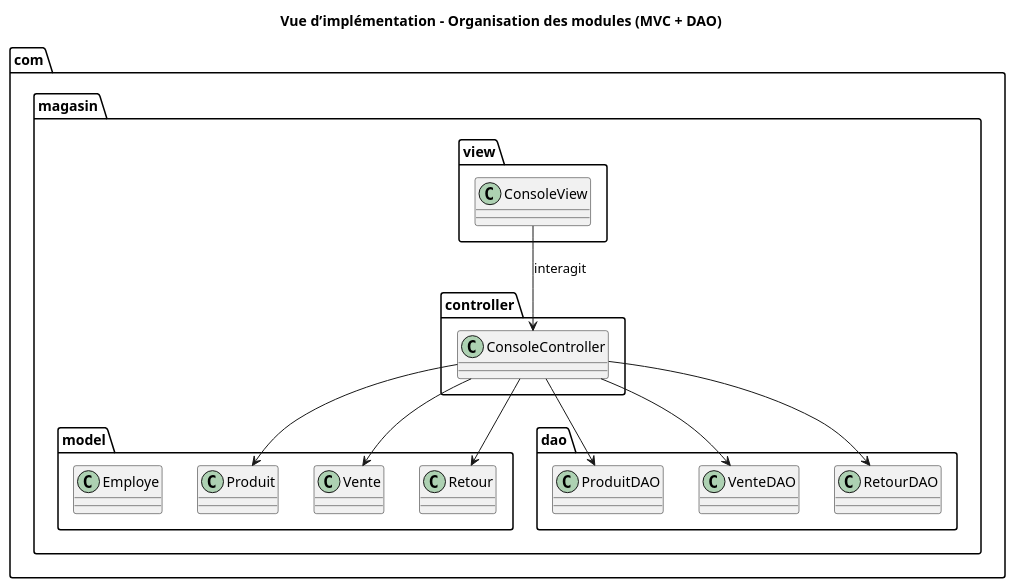
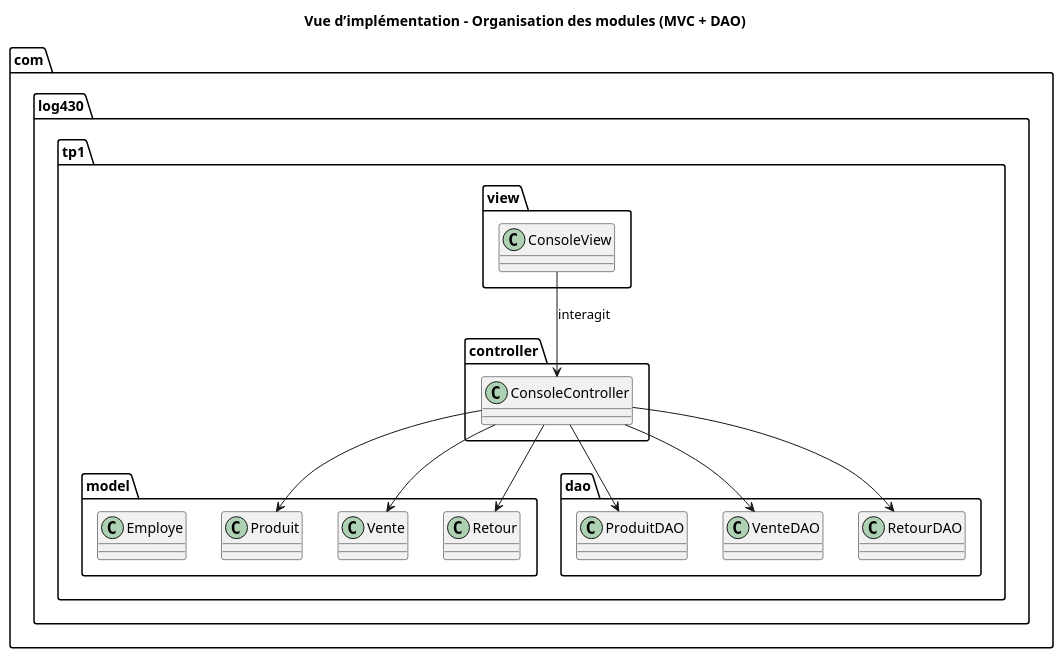
Before and after one commit to SlitherinSnake/tp0-1-2-log430: the diagram in docs/diagrams/di.puml, drawn with PlantUML. The commit also changed 1 other file, not shown here.

```diff
--- a/docs/diagrams/di.puml
+++ b/docs/diagrams/di.puml
@@ -1,33 +1,33 @@
 @startuml
 title Vue d’implémentation – Organisation des modules (MVC + DAO)
 
-package "com.magasin.view" {
+package "com.log430.tp1.view" {
   class ConsoleView
 }
 
-package "com.magasin.controller" {
+package "com.log430.tp1.controller" {
   class ConsoleController
 }
 
-package "com.magasin.model" {
+package "com.log430.tp1.model" {
   class Produit
   class Vente
   class Retour
   class Employe
 }
 
-package "com.magasin.dao" {
+package "com.log430.tp1.dao" {
   class ProduitDAO
   class VenteDAO
   class RetourDAO
 }
 
 ConsoleView --> ConsoleController : interagit
 ConsoleController --> ProduitDAO
 ConsoleController --> VenteDAO
 ConsoleController --> RetourDAO
 ConsoleController --> Produit
 ConsoleController --> Vente
 ConsoleController --> Retour
 
 @enduml
```
